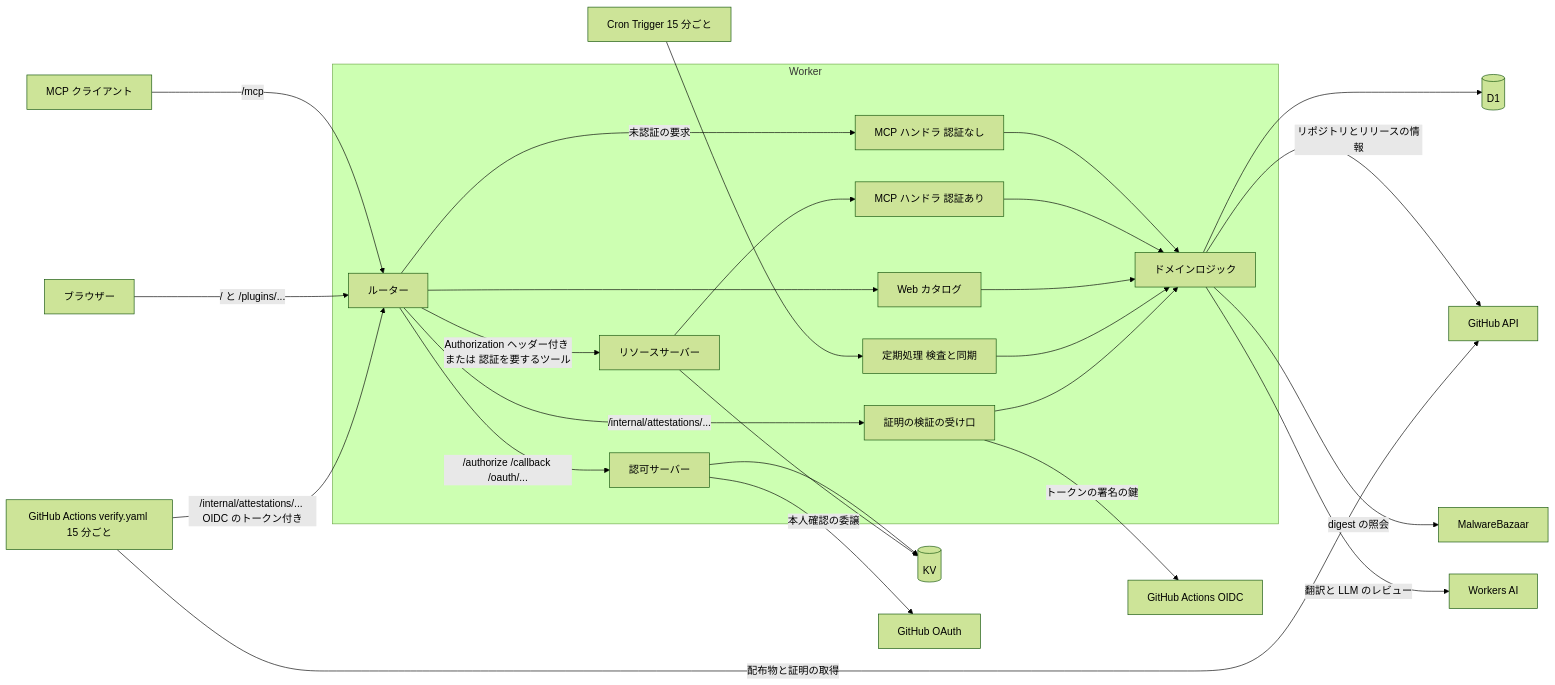
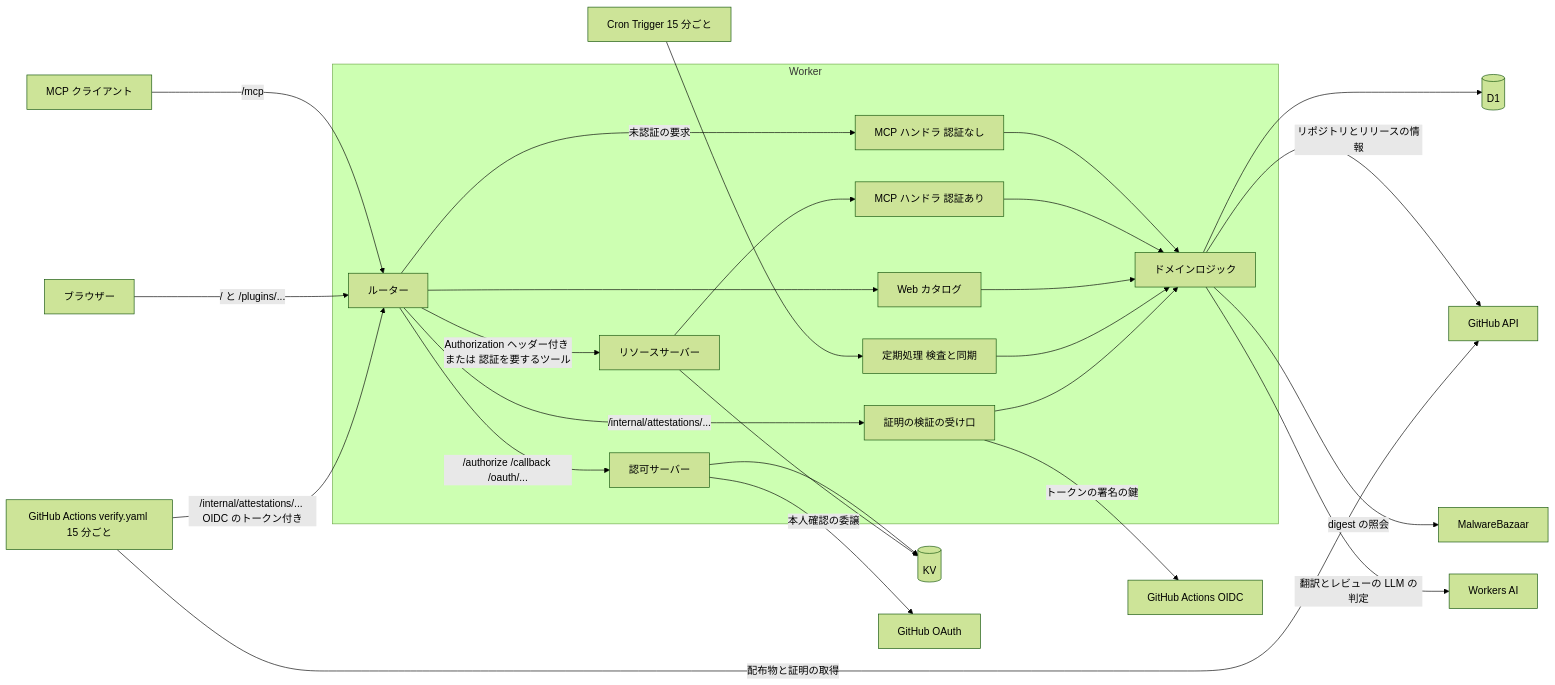
One commit to AllegroMoltoV/plugin-soko-kun changed the diagram in docs/design/architecture.md. Above: the diagram before and after it, drawn with Mermaid (forest theme). The commit also changed other lines of this file and 24 other files, not shown here.

````diff
--- a/docs/design/architecture.md
+++ b/docs/design/architecture.md
@@ -15,31 +15,31 @@
 ```mermaid
 flowchart LR
   agent[MCP クライアント] -->|/mcp| router
   browser[ブラウザー] -->|/ と /plugins/...| router
   cron[Cron Trigger 15 分ごと] --> scheduled
   verify[GitHub Actions verify.yaml 15 分ごと] -->|/internal/attestations/... OIDC のトークン付き| router
   subgraph worker[Worker]
     router[ルーター]
     router -->|未認証の要求| mcpPublic[MCP ハンドラ 認証なし]
     router -->|Authorization ヘッダー付き または 認証を要するツール| rs[リソースサーバー]
     rs --> mcpAuth[MCP ハンドラ 認証あり]
     router -->|/authorize /callback /oauth/...| as[認可サーバー]
     router --> web[Web カタログ]
     router -->|/internal/attestations/...| attest[証明の検証の受け口]
     scheduled[定期処理 検査と同期]
     mcpPublic --> domain[ドメインロジック]
     mcpAuth --> domain
     web --> domain
     scheduled --> domain
     attest --> domain
   end
   as --> kv[(KV)]
   rs --> kv
   as -->|本人確認の委譲| ghOAuth[GitHub OAuth]
   attest -->|トークンの署名の鍵| ghOidc[GitHub Actions OIDC]
   domain --> d1[(D1)]
   domain -->|リポジトリとリリースの情報| ghApi[GitHub API]
   domain -->|digest の照会| scanners[MalwareBazaar]
-  domain -->|翻訳と LLM のレビュー| ai[Workers AI]
+  domain -->|翻訳とレビューの LLM の判定| ai[Workers AI]
   verify -->|配布物と証明の取得| ghApi
 ```
````
